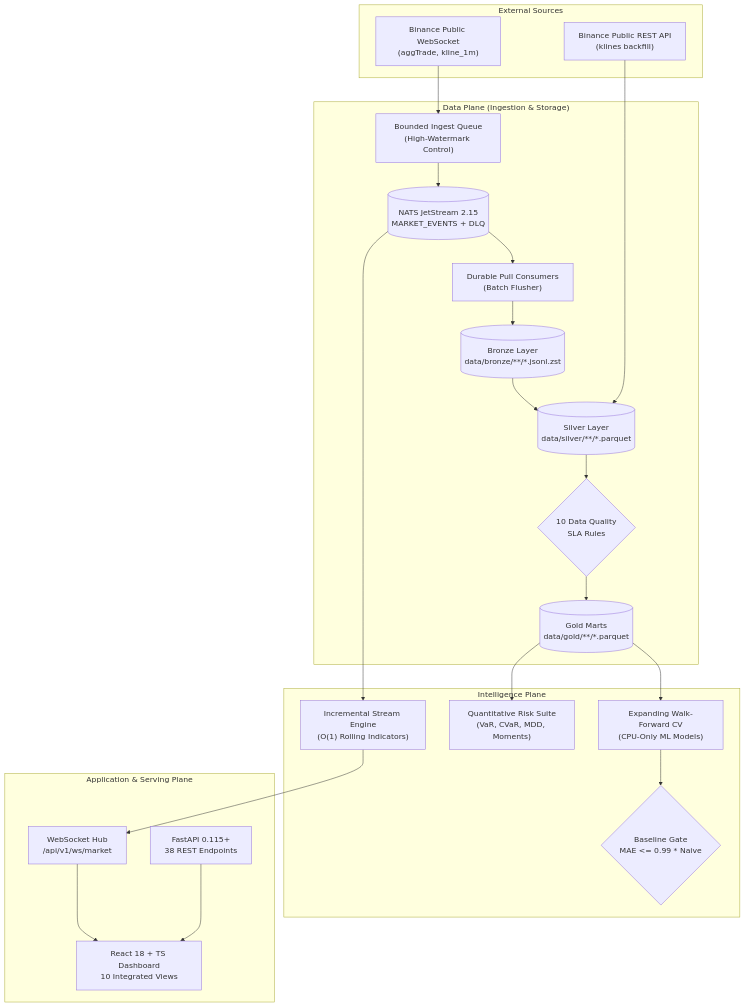
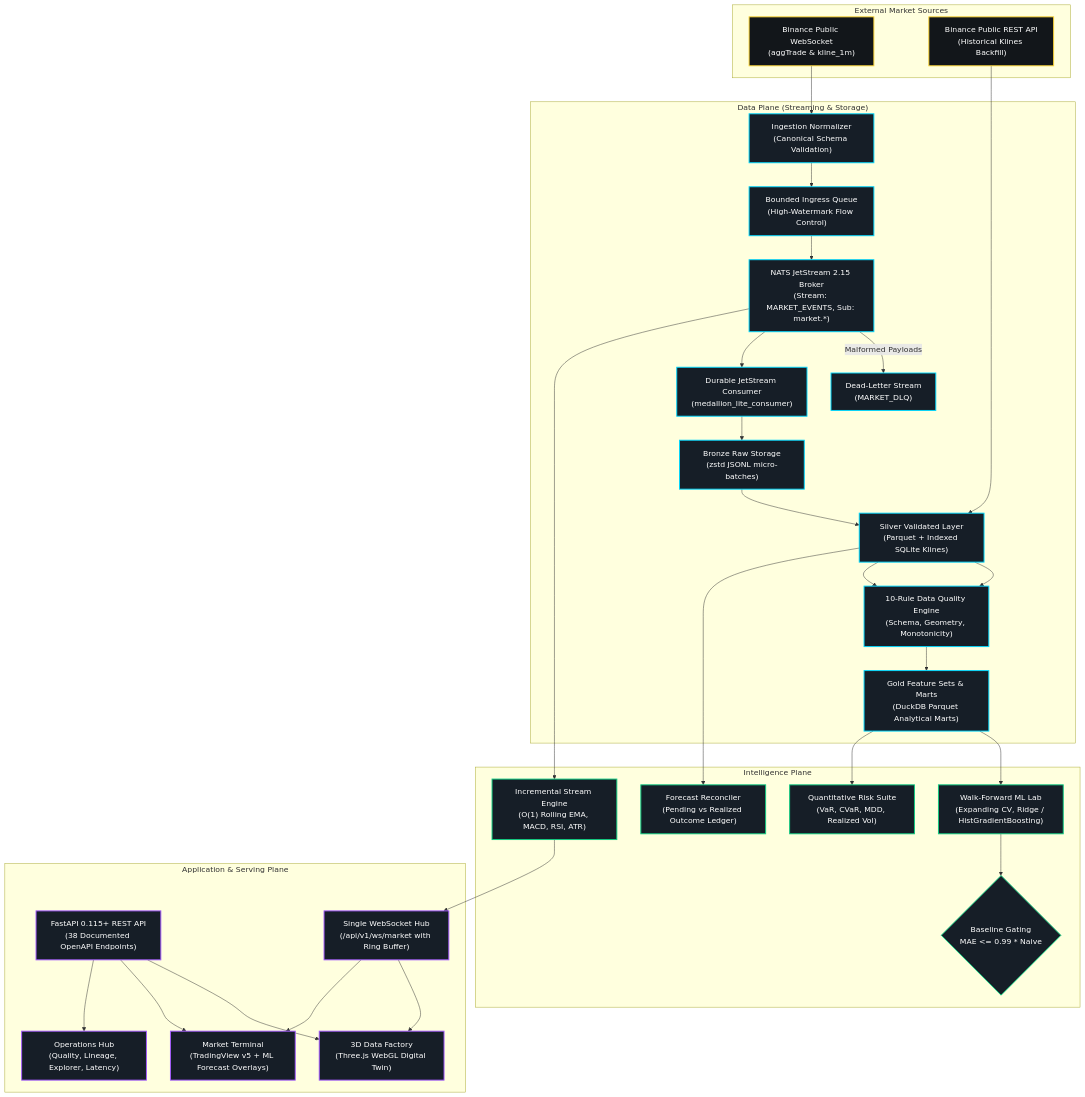
One commit to DungTran1201/CryptocurrencyPriceAnalysis_Forecasting changed the diagram in README.md. Above: the diagram before and after it, drawn with Mermaid. The commit also changed other lines of this file and 8 other files, not shown here.

Commit message:
docs: update project branding to MarketStream and refresh documentation and setup files

````diff
--- a/README.md
+++ b/README.md
@@ -183,40 +267,62 @@
 ```mermaid
 flowchart TD
-    subgraph Sources["External Sources"]
-        B_WS["Binance Public WebSocket<br/>(aggTrade, kline_1m)"]
-        B_REST["Binance Public REST API<br/>(klines backfill)"]
+    classDef ext fill:#12161A,stroke:#FCD535,stroke-width:2px,color:#FFFFFF;
+    classDef dp fill:#161E27,stroke:#00D8FF,stroke-width:2px,color:#FFFFFF;
+    classDef ip fill:#161E27,stroke:#0ECB81,stroke-width:2px,color:#FFFFFF;
+    classDef ap fill:#161E27,stroke:#A359FF,stroke-width:2px,color:#FFFFFF;
+
+    subgraph ExternalSources["External Market Sources"]
+        B_WS["Binance Public WebSocket<br/>(aggTrade & kline_1m)"]:::ext
+        B_REST["Binance Public REST API<br/>(Historical Klines Backfill)"]:::ext
     end
 
-    subgraph DataPlane["Data Plane (Ingestion & Storage)"]
-        BQ["Bounded Ingest Queue<br/>(High-Watermark Control)"]
-        NATS[("NATS JetStream 2.15<br/>MARKET_EVENTS + DLQ")]
-        CONS["Durable Pull Consumers<br/>(Batch Flusher)"]
-        BRZ[("Bronze Layer<br/>data/bronze/**/*.jsonl.zst")]
-        SLV[("Silver Layer<br/>data/silver/**/*.parquet")]
-        DQ{"10 Data Quality<br/>SLA Rules"}
-        GLD[("Gold Marts<br/>data/gold/**/*.parquet")]
+    subgraph DataPlane["Data Plane (Streaming & Storage)"]
+        NORM["Ingestion Normalizer<br/>(Canonical Schema Validation)"]:::dp
+        BQ["Bounded Ingress Queue<br/>(High-Watermark Flow Control)"]:::dp
+        NATS["NATS JetStream 2.15 Broker<br/>(Stream: MARKET_EVENTS, Sub: market.*)"]:::dp
+        DLQ["Dead-Letter Stream<br/>(MARKET_DLQ)"]:::dp
+        CONS["Durable JetStream Consumer<br/>(medallion_lite_consumer)"]:::dp
+        BRZ["Bronze Raw Storage<br/>(zstd JSONL micro-batches)"]:::dp
+        SLV["Silver Validated Layer<br/>(Parquet + Indexed SQLite Klines)"]:::dp
+        DQ["10-Rule Data Quality Engine<br/>(Schema, Geometry, Monotonicity)"]:::dp
+        GLD["Gold Feature Sets & Marts<br/>(DuckDB Parquet Analytical Marts)"]:::dp
     end
 
     subgraph IntelligencePlane["Intelligence Plane"]
-        INC["Incremental Stream Engine<br/>(O(1) Rolling Indicators)"]
-        RISK["Quantitative Risk Suite<br/>(VaR, CVaR, MDD, Moments)"]
-        ML["Expanding Walk-Forward CV<br/>(CPU-Only ML Models)"]
-        GATE{"Baseline Gate<br/>MAE <= 0.99 * Naive"}
+        INC["Incremental Stream Engine<br/>(O(1) Rolling EMA, MACD, RSI, ATR)"]:::ip
+        RISK["Quantitative Risk Suite<br/>(VaR, CVaR, MDD, Realized Vol)"]:::ip
+        ML["Walk-Forward ML Lab<br/>(Expanding CV, Ridge / HistGradientBoosting)"]:::ip
+        GATE{"Baseline Gating<br/>MAE <= 0.99 * Naive"}:::ip
+        RECON["Forecast Reconciler<br/>(Pending vs Realized Outcome Ledger)"]:::ip
     end
 
     subgraph ApplicationPlane["Application & Serving Plane"]
-        API["FastAPI 0.115+<br/>38 REST Endpoints"]
-        WS_HUB["WebSocket Hub<br/>/api/v1/ws/market"]
-        UI["React 18 + TS Dashboard<br/>10 Integrated Views"]
+        API["FastAPI 0.115+ REST API<br/>(38 Documented OpenAPI Endpoints)"]:::ap
+        WSHUB["Single WebSocket Hub<br/>(/api/v1/ws/market with Ring Buffer)"]:::ap
+        UI_FAC["3D Data Factory<br/>(Three.js WebGL Digital Twin)"]:::ap
+        UI_TERM["Market Terminal<br/>(TradingView v5 + ML Forecast Overlays)"]:::ap
+        UI_OPS["Operations Hub<br/>(Quality, Lineage, Explorer, Latency)"]:::ap
     end
 
-    B_WS --> BQ --> NATS
+    %% Streaming Flow
+    B_WS --> NORM --> BQ --> NATS
+    NATS -->|Malformed Payloads| DLQ
+    NATS --> CONS --> BRZ --> SLV --> DQ --> GLD
+
+    %% REST Backfill Flow (Direct to Storage/SQL)
     B_REST --> SLV
-    NATS --> CONS
-    CONS --> BRZ --> SLV --> DQ --> GLD
-    NATS --> INC --> WS_HUB
+
+    %% Intelligence Flow
+    NATS --> INC --> WSHUB
+    SLV --> DQ
+    GLD --> ML --> GATE
     GLD --> RISK
-    GLD --> ML --> GATE
-    API --> UI
-    WS_HUB --> UI
+    SLV --> RECON
+
+    %% Serving Flow
+    API --> UI_FAC
+    API --> UI_TERM
+    API --> UI_OPS
+    WSHUB --> UI_FAC
+    WSHUB --> UI_TERM
 ```
````
